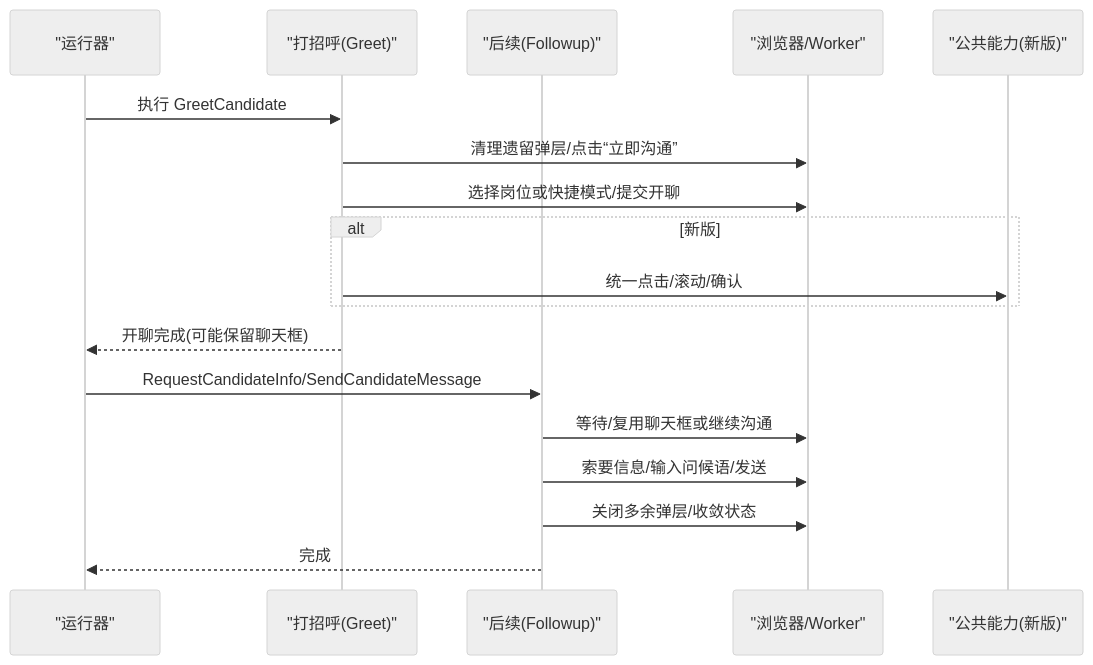
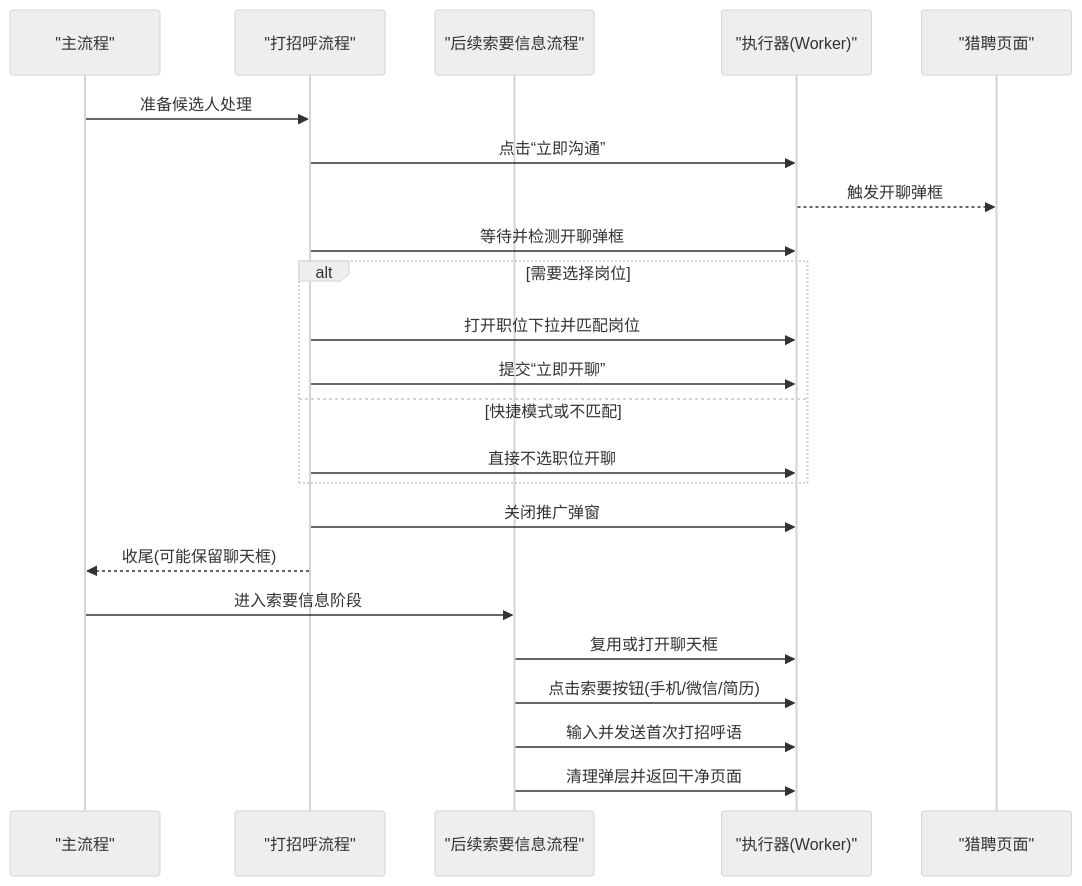
Before and after one commit to alvinwangzi/goodhr: the second of 5 diagrams in .qoder/repowiki/zh/content/本地执行器/平台适配器/猎聘适配器/在线沟通.md, drawn with Mermaid (neutral theme). The commit also changed other lines of this file and 149 other files, not shown here.

````diff
--- a/.qoder/repowiki/zh/content/本地执行器/平台适配器/猎聘适配器/在线沟通.md
+++ b/.qoder/repowiki/zh/content/本地执行器/平台适配器/猎聘适配器/在线沟通.md
@@ -87,20 +103,25 @@
 ```mermaid
 sequenceDiagram
-participant Runner as "运行器"
-participant Greet as "打招呼(Greet)"
-participant Followup as "后续(Followup)"
-participant Browser as "浏览器/Worker"
-participant Common as "公共能力(新版)"
-Runner->>Greet : 执行 GreetCandidate
-Greet->>Browser : 清理遗留弹层/点击“立即沟通”
-Greet->>Browser : 选择岗位或快捷模式/提交开聊
-alt 新版
-Greet->>Common : 统一点击/滚动/确认
+participant Runner as "主流程"
+participant Greet as "打招呼流程"
+participant Followup as "后续索要信息流程"
+participant Exec as "执行器(Worker)"
+participant Page as "猎聘页面"
+Runner->>Greet : 准备候选人处理
+Greet->>Exec : 点击“立即沟通”
+Exec-->>Page : 触发开聊弹框
+Greet->>Exec : 等待并检测开聊弹框
+alt 需要选择岗位
+Greet->>Exec : 打开职位下拉并匹配岗位
+Greet->>Exec : 提交“立即开聊”
+else 快捷模式或不匹配
+Greet->>Exec : 直接不选职位开聊
 end
-Greet-->>Runner : 开聊完成(可能保留聊天框)
-Runner->>Followup : RequestCandidateInfo/SendCandidateMessage
-Followup->>Browser : 等待/复用聊天框或继续沟通
-Followup->>Browser : 索要信息/输入问候语/发送
-Followup->>Browser : 关闭多余弹层/收敛状态
-Followup-->>Runner : 完成
+Greet->>Exec : 关闭推广弹窗
+Greet-->>Runner : 收尾(可能保留聊天框)
+Runner->>Followup : 进入索要信息阶段
+Followup->>Exec : 复用或打开聊天框
+Followup->>Exec : 点击索要按钮(手机/微信/简历)
+Followup->>Exec : 输入并发送首次打招呼语
+Followup->>Exec : 清理弹层并返回干净页面
 ```
````
